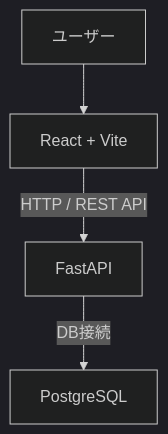
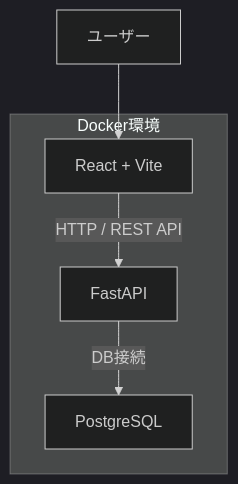
The diagram in README.md (re-fuku/shopping-list), drawn with Mermaid (dark theme) before and after one commit. The commit also changed other lines of this file, not shown here.

Commit message:
READEMEの作成

````diff
--- a/README.md
+++ b/README.md
@@ -26,12 +27,15 @@
 ```mermaid
 flowchart TB
     User[ユーザー]
-    Frontend[React + Vite]
-    Backend[FastAPI]
-    DB[PostgreSQL]
+
+    subgraph Docker["Docker環境"]
+        Frontend[React + Vite]
+        Backend[FastAPI]
+        DB[PostgreSQL]
+    end
 
     User --> Frontend
     Frontend --> |HTTP / REST API| Backend
     Backend -->|DB接続| DB
 
 ```
````
